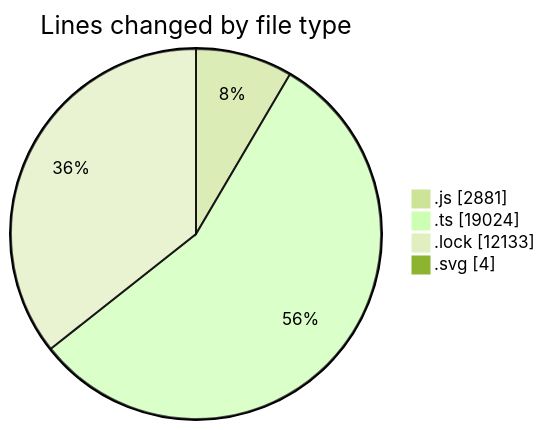
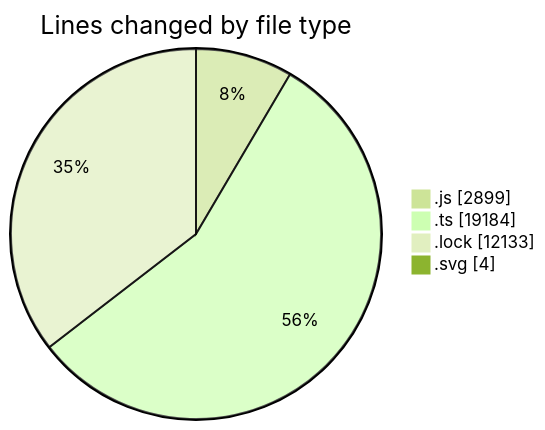
The first of 2 diagrams in 2025-08-12/cda/README.md (momahboobian/code-tracking), drawn with Mermaid (forest theme) before and after one commit. The commit also changed other lines of this file and 1 other file, not shown here.

````diff
--- a/2025-08-12/cda/README.md
+++ b/2025-08-12/cda/README.md
@@ -41,8 +42,8 @@
 ```mermaid
 pie showData
 title Lines changed by file type
-".js" : 2881
-".ts" : 19024
+".js" : 2899
+".ts" : 19184
 ".lock" : 12133
 ".svg" : 4
 ```
````
